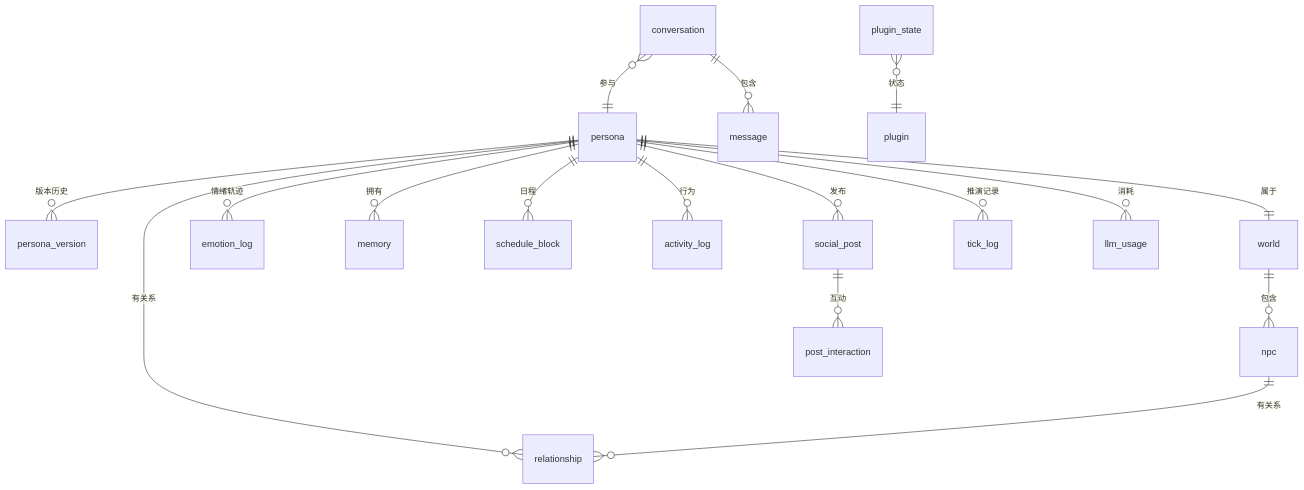
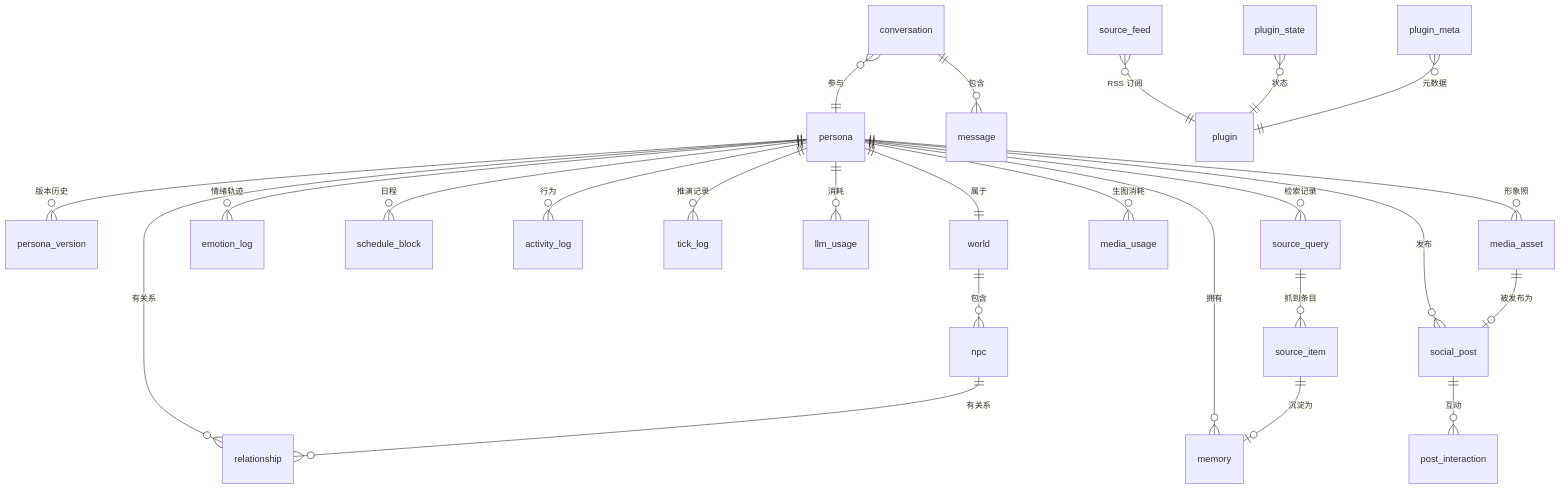
One commit to LMG-arch/alter-ego changed the fifth of 5 diagrams in docs/DESIGN.md. Above: the diagram before and after it, drawn with Mermaid. The commit also changed other lines of this file and 22 other files, not shown here.

First line of the commit message:
docs: 新增生图/检索/可观测性/设置中心四类能力的设计并同步全部分册

````diff
--- a/docs/DESIGN.md
+++ b/docs/DESIGN.md
@@ -629,19 +638,27 @@
 ```mermaid
 erDiagram
     persona ||--o{ persona_version : "版本历史"
     persona ||--|| world : "属于"
     world ||--o{ npc : "包含"
     persona ||--o{ emotion_log : "情绪轨迹"
     persona ||--o{ memory : "拥有"
     persona ||--o{ schedule_block : "日程"
     persona ||--o{ activity_log : "行为"
     persona ||--o{ social_post : "发布"
     social_post ||--o{ post_interaction : "互动"
     conversation ||--o{ message : "包含"
     conversation }o--|| persona : "参与"
     persona ||--o{ relationship : "有关系"
     npc ||--o{ relationship : "有关系"
     persona ||--o{ tick_log : "推演记录"
     persona ||--o{ llm_usage : "消耗"
+    persona ||--o{ media_asset : "形象照"
+    persona ||--o{ media_usage : "生图消耗"
+    media_asset ||--o| social_post : "被发布为"
+    persona ||--o{ source_query : "检索记录"
+    source_query ||--o{ source_item : "抓到条目"
+    source_item ||--o| memory : "沉淀为"
+    source_feed }o--|| plugin : "RSS 订阅"
     plugin_state }o--|| plugin : "状态"
+    plugin_meta }o--|| plugin : "元数据"
 ```
````
